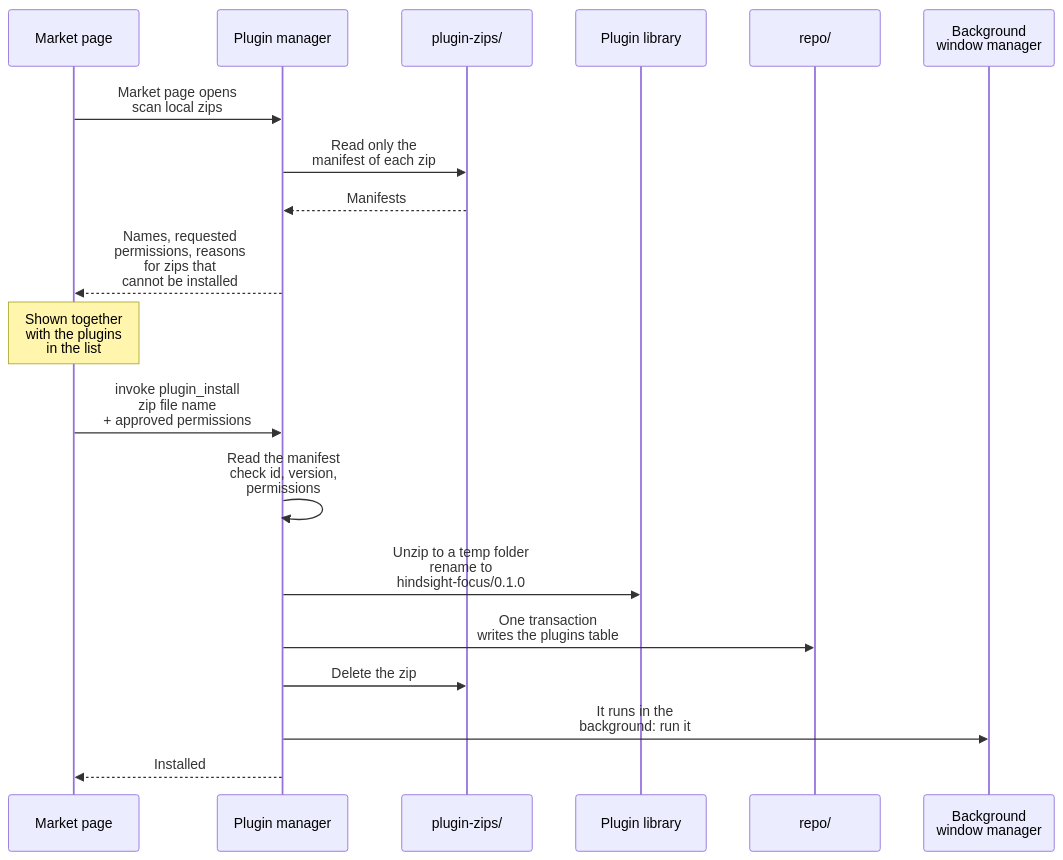
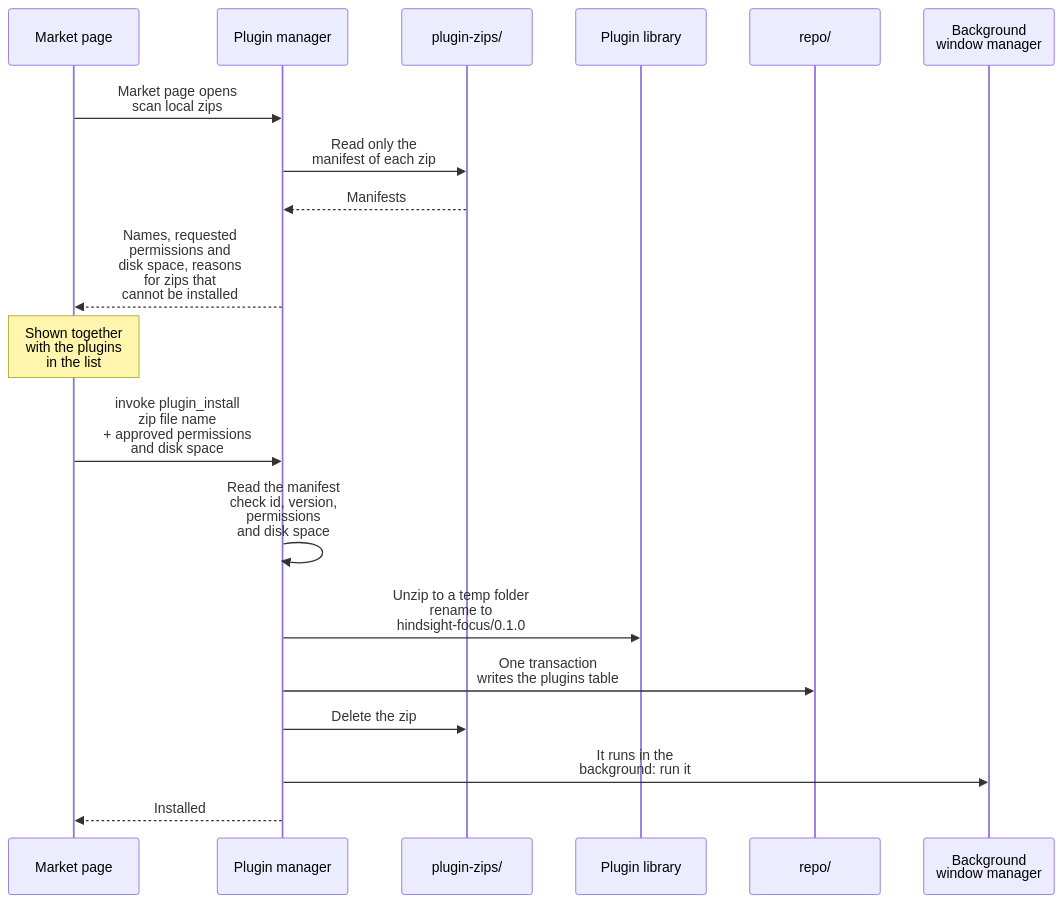
Before and after one commit to Tomotsugu-dev/Hindsight: the second of 3 diagrams in docs/design/plugins/en/install.md, drawn with Mermaid. The commit also changed other lines of this file and 9 other files, not shown here.

First line of the commit message:
docs(plugins): design plugin databases and their disk space

````diff
--- a/docs/design/plugins/en/install.md
+++ b/docs/design/plugins/en/install.md
@@ -50,21 +51,21 @@
 ```mermaid
 sequenceDiagram
   participant M as Market page
   participant G as Plugin manager
   participant Z as plugin-zips/
   participant D as Plugin library
   participant R as repo/
   participant W as Background<br/>window manager
   M->>G: Market page opens<br/>scan local zips
   G->>Z: Read only the<br/>manifest of each zip
   Z-->>G: Manifests
-  G-->>M: Names, requested<br/>permissions, reasons<br/>for zips that<br/>cannot be installed
+  G-->>M: Names, requested<br/>permissions and<br/>disk space, reasons<br/>for zips that<br/>cannot be installed
   Note over M: Shown together<br/>with the plugins<br/>in the list
-  M->>G: invoke plugin_install<br/>zip file name<br/>+ approved permissions
-  G->>G: Read the manifest<br/>check id, version,<br/>permissions
+  M->>G: invoke plugin_install<br/>zip file name<br/>+ approved permissions<br/>and disk space
+  G->>G: Read the manifest<br/>check id, version,<br/>permissions<br/>and disk space
   G->>D: Unzip to a temp folder<br/>rename to<br/>hindsight-focus/0.1.0
   G->>R: One transaction<br/>writes the plugins table
   G->>Z: Delete the zip
   G->>W: It runs in the<br/>background: run it
   G-->>M: Installed
 ```
````
